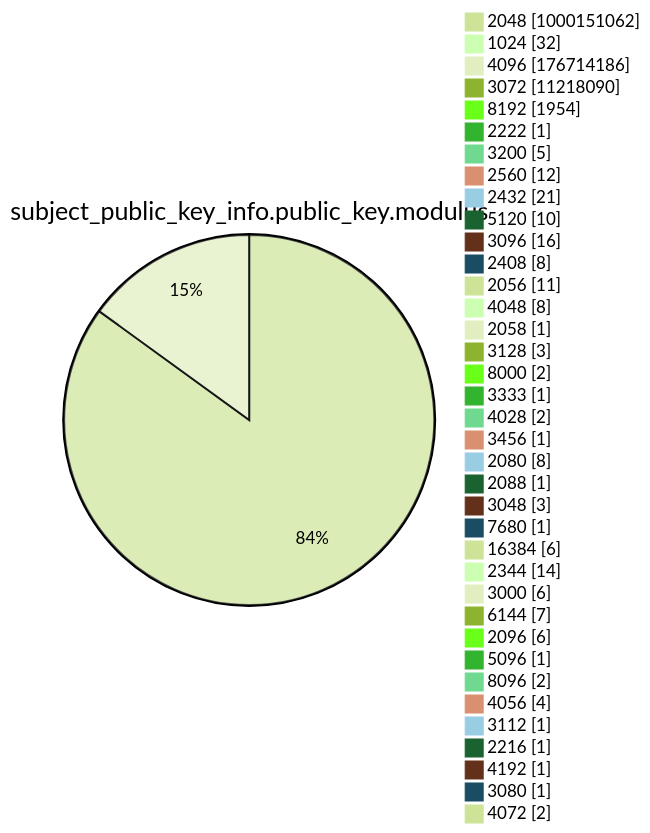
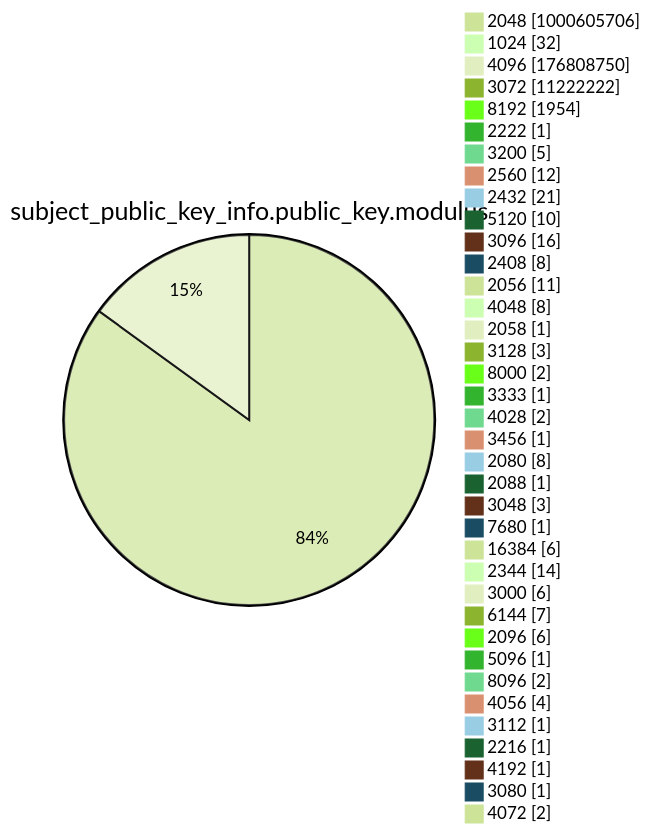
Diagram 13 of 15 in argon2022/README.md (christiankrug/ctmonitor_visualization), drawn with Mermaid (forest theme) before and after one commit. The commit also changed other lines of this file, not shown here.

````diff
--- a/argon2022/README.md
+++ b/argon2022/README.md
@@ -3587,41 +3587,41 @@
 ```mermaid
 pie showData
 title subject_public_key_info.public_key.modulus
-"2048" :1000151062
+"2048" :1000605706
 "1024" :32
-"4096" :176714186
-"3072" :11218090
+"4096" :176808750
+"3072" :11222222
 "8192" :1954
 "2222" :1
 "3200" :5
 "2560" :12
 "2432" :21
 "5120" :10
 "3096" :16
 "2408" :8
 "2056" :11
 "4048" :8
 "2058" :1
 "3128" :3
 "8000" :2
 "3333" :1
 "4028" :2
 "3456" :1
 "2080" :8
 "2088" :1
 "3048" :3
 "7680" :1
 "16384" :6
 "2344" :14
 "3000" :6
 "6144" :7
 "2096" :6
 "5096" :1
 "8096" :2
 "4056" :4
 "3112" :1
 "2216" :1
 "4192" :1
 "3080" :1
 "4072" :2
 ```
````
